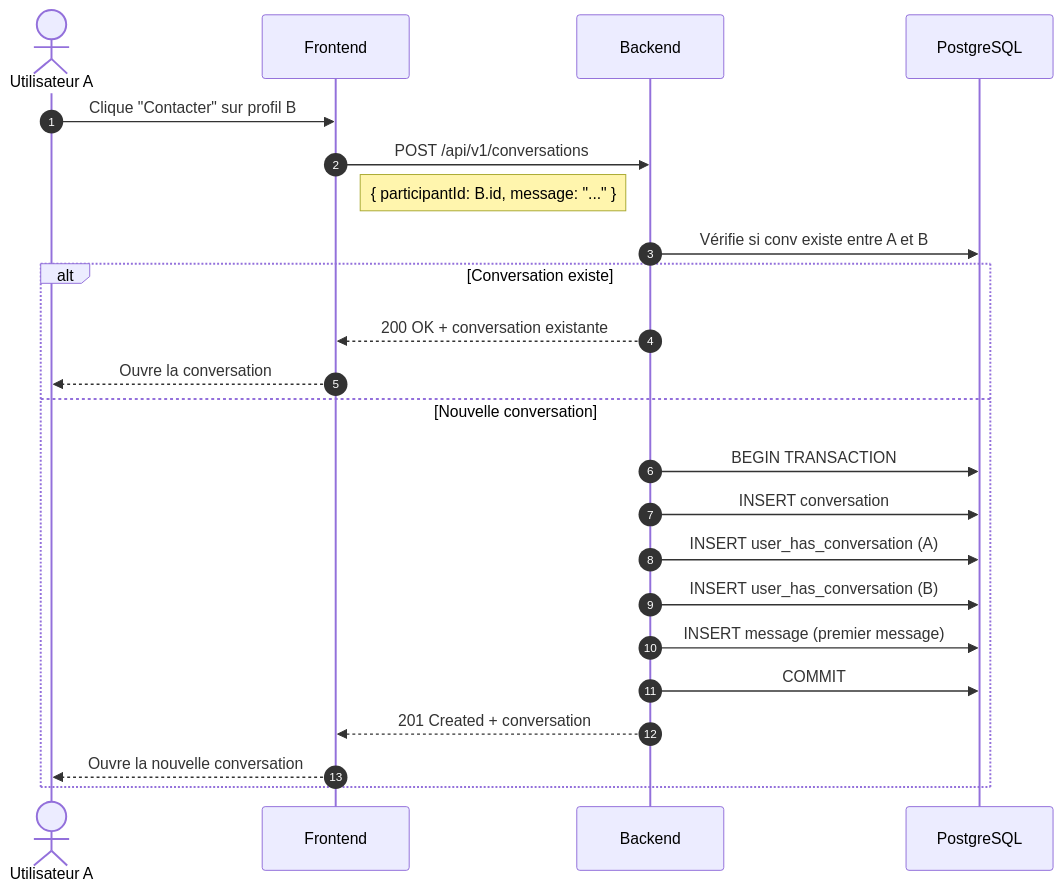
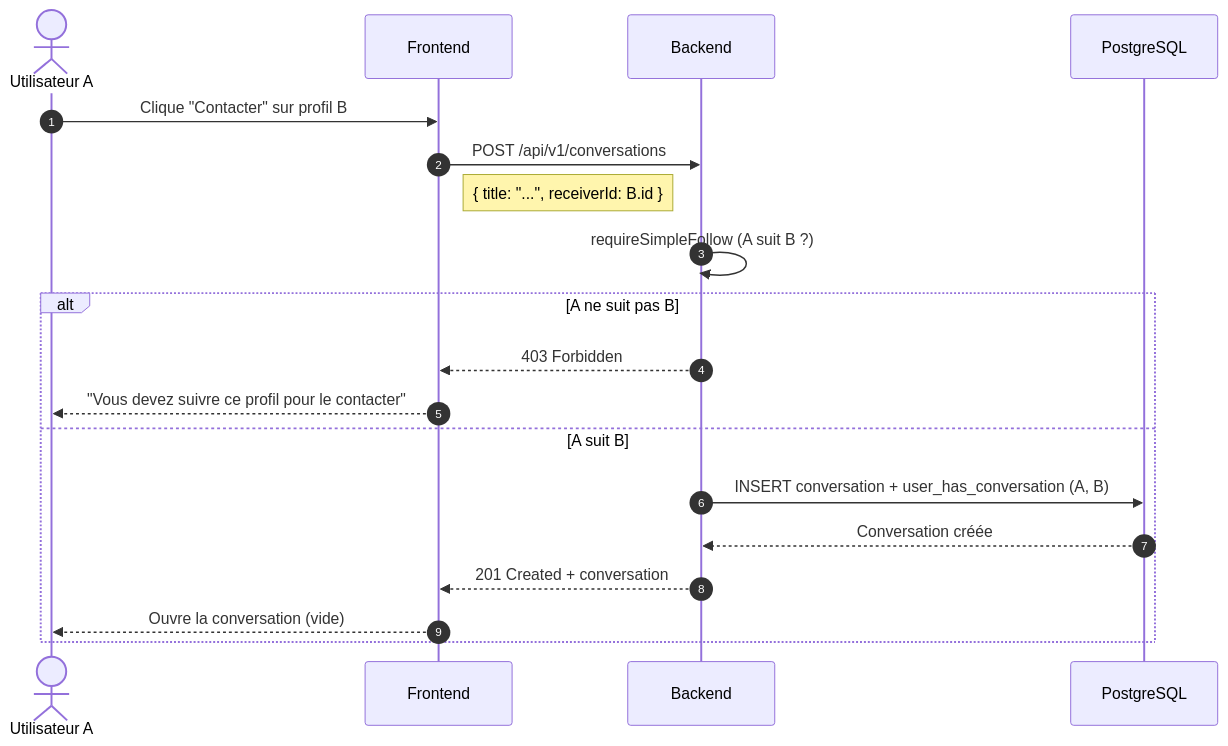
One commit to Sojeremy/documentation-skillswap changed the second of 3 diagrams in docs/documentation-implementation/arc42/06-runtime/messaging.md. Above: the diagram before and after it, drawn with Mermaid. The commit also changed other lines of this file and 3 other files, not shown here.

````diff
--- a/docs/documentation-implementation/arc42/06-runtime/messaging.md
+++ b/docs/documentation-implementation/arc42/06-runtime/messaging.md
@@ -40,26 +40,22 @@
 ```mermaid
 sequenceDiagram
     autonumber
     actor U as Utilisateur A
     participant F as Frontend
     participant B as Backend
     participant DB as PostgreSQL
 
     U->>F: Clique "Contacter" sur profil B
     F->>B: POST /api/v1/conversations
-    Note right of F: { participantId: B.id, message: "..." }
-    B->>DB: Vérifie si conv existe entre A et B
-    alt Conversation existe
-        B-->>F: 200 OK + conversation existante
-        F-->>U: Ouvre la conversation
-    else Nouvelle conversation
-        B->>DB: BEGIN TRANSACTION
-        B->>DB: INSERT conversation
-        B->>DB: INSERT user_has_conversation (A)
-        B->>DB: INSERT user_has_conversation (B)
-        B->>DB: INSERT message (premier message)
-        B->>DB: COMMIT
+    Note right of F: { title: "...", receiverId: B.id }
+    B->>B: requireSimpleFollow (A suit B ?)
+    alt A ne suit pas B
+        B-->>F: 403 Forbidden
+        F-->>U: "Vous devez suivre ce profil pour le contacter"
+    else A suit B
+        B->>DB: INSERT conversation + user_has_conversation (A, B)
+        DB-->>B: Conversation créée
         B-->>F: 201 Created + conversation
-        F-->>U: Ouvre la nouvelle conversation
+        F-->>U: Ouvre la conversation (vide)
     end
 ```
````
